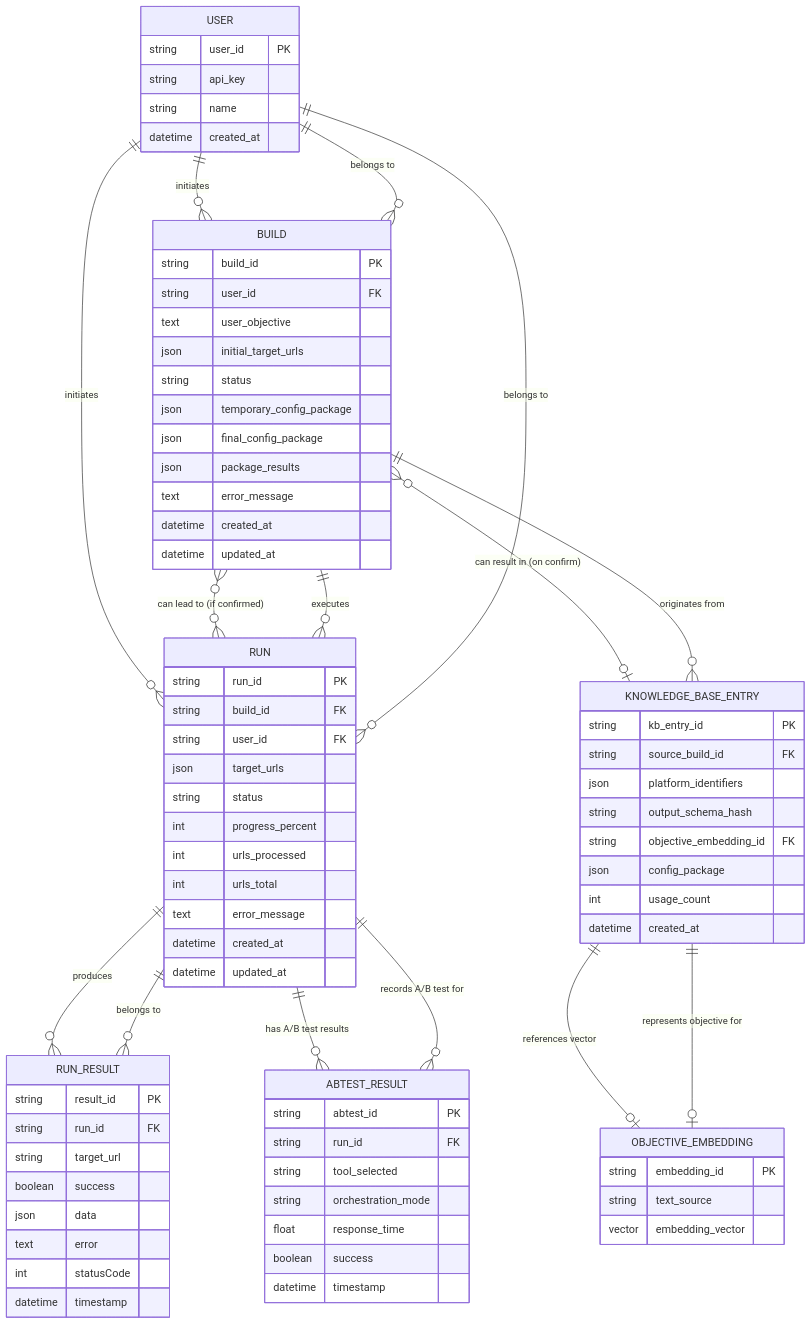
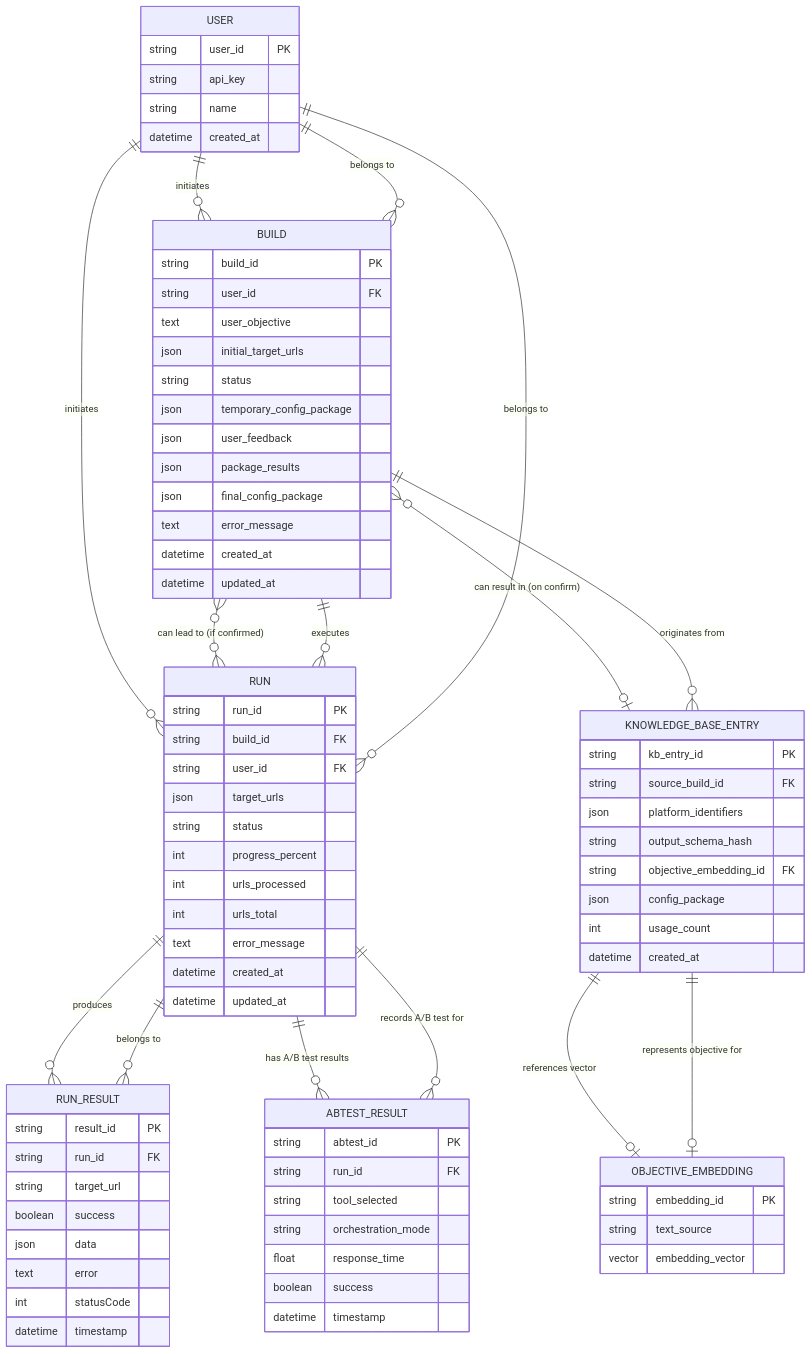
Before and after one commit to RunLittleTurtle/the-brain-ai-scraper: the diagram in docs/systemDocs/ERD.md, drawn with Mermaid. The commit also changed 70 other files, not shown here.

Commit message:
Fix processor bugs: correct interface usage, method names, and data flow in modular job processors

```diff
--- a/docs/systemDocs/ERD.md
+++ b/docs/systemDocs/ERD.md
@@ -17,8 +17,9 @@
         json initial_target_urls
         string status
         json temporary_config_package
+        json user_feedback
+        json package_results
         json final_config_package
-        json package_results
         text error_message
         datetime created_at
         datetime updated_at
```
